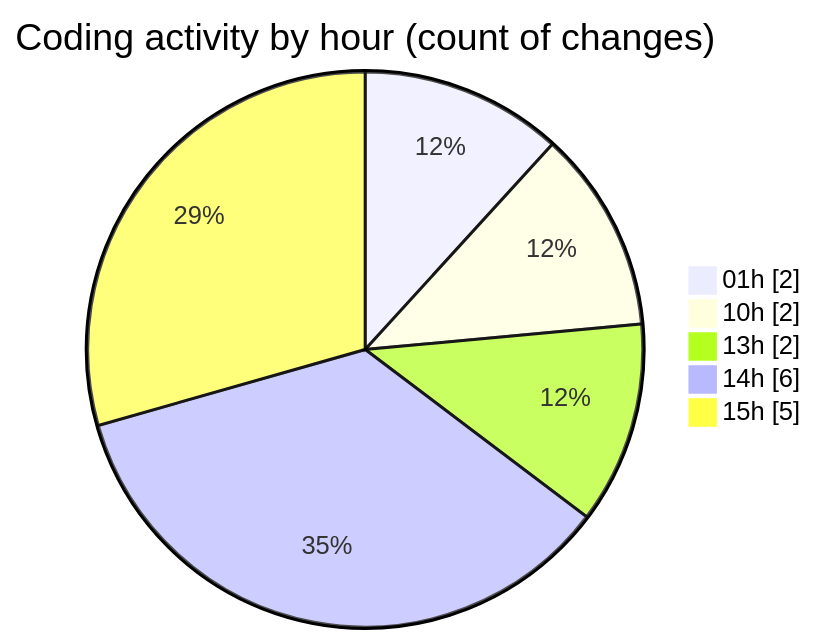
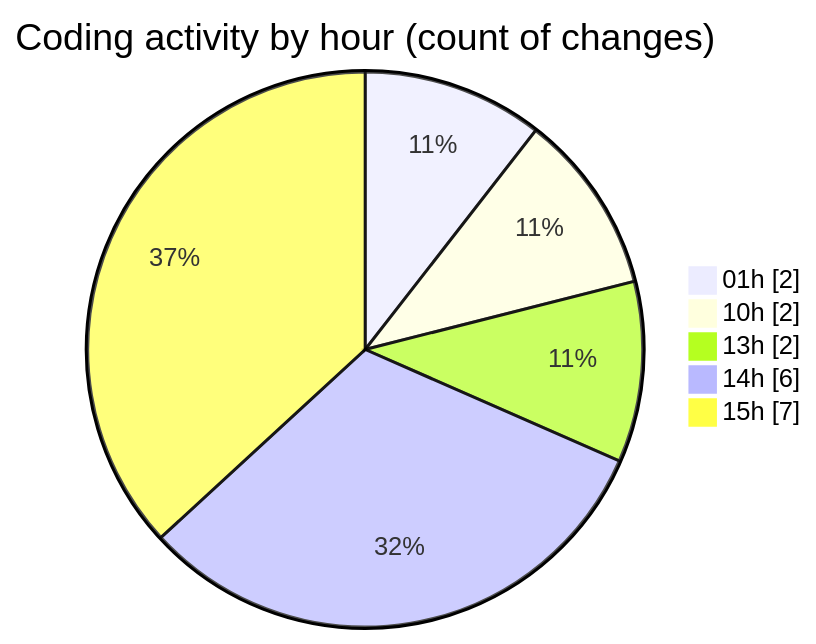
One commit to julien-gomy/code-tracking changed the second of 2 diagrams in 2025-10-17/eventscop-api-guide__workspace_/README.md. Above: the diagram before and after it, drawn with Mermaid. The commit also changed other lines of this file and 1 other file, not shown here.

````diff
--- a/2025-10-17/eventscop-api-guide__workspace_/README.md
+++ b/2025-10-17/eventscop-api-guide__workspace_/README.md
@@ -31,9 +31,9 @@
 ```mermaid
 pie showData
 title Coding activity by hour (count of changes)
 "01h" : 2
 "10h" : 2
 "13h" : 2
 "14h" : 6
-"15h" : 5
+"15h" : 7
 ```
````
